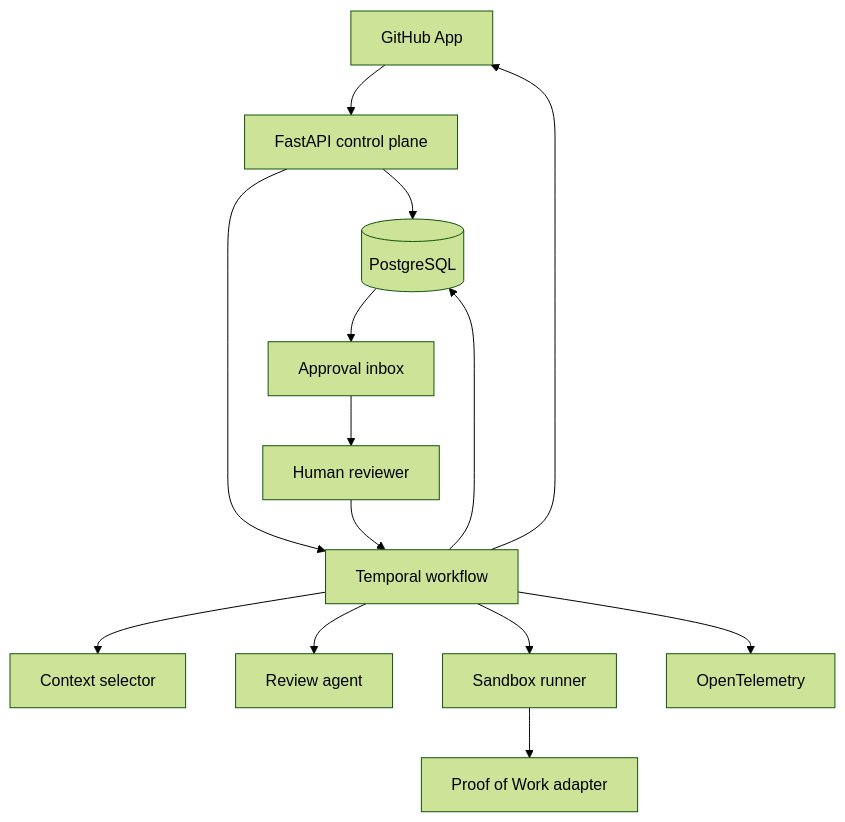
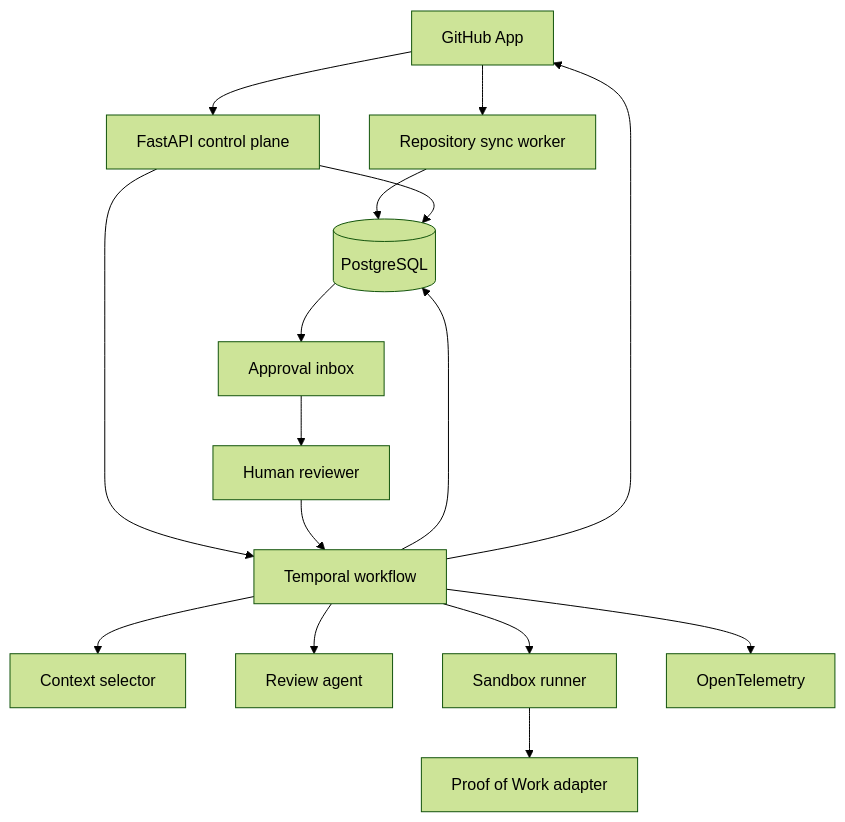
Before and after one commit to Rajveerx11/pr-reliability-platform: the second of 2 diagrams in docs/architecture.md, drawn with Mermaid (forest theme). The commit also changed other lines of this file and 24 other files, not shown here.

````diff
--- a/docs/architecture.md
+++ b/docs/architecture.md
@@ -37,16 +38,18 @@
 ```mermaid
 flowchart TB
   G[GitHub App] --> A[FastAPI control plane]
-  A --> P[(PostgreSQL)]
+  G --> I[Repository sync worker]
+  I --> P[(PostgreSQL)]
+  A --> P
   A --> T[Temporal workflow]
   T --> C[Context selector]
   T --> M[Review agent]
   T --> S[Sandbox runner]
   S --> W[Proof of Work adapter]
   T --> P
   P --> U[Approval inbox]
   U --> H[Human reviewer]
   H --> T
   T --> G
   T --> O[OpenTelemetry]
 ```
````
